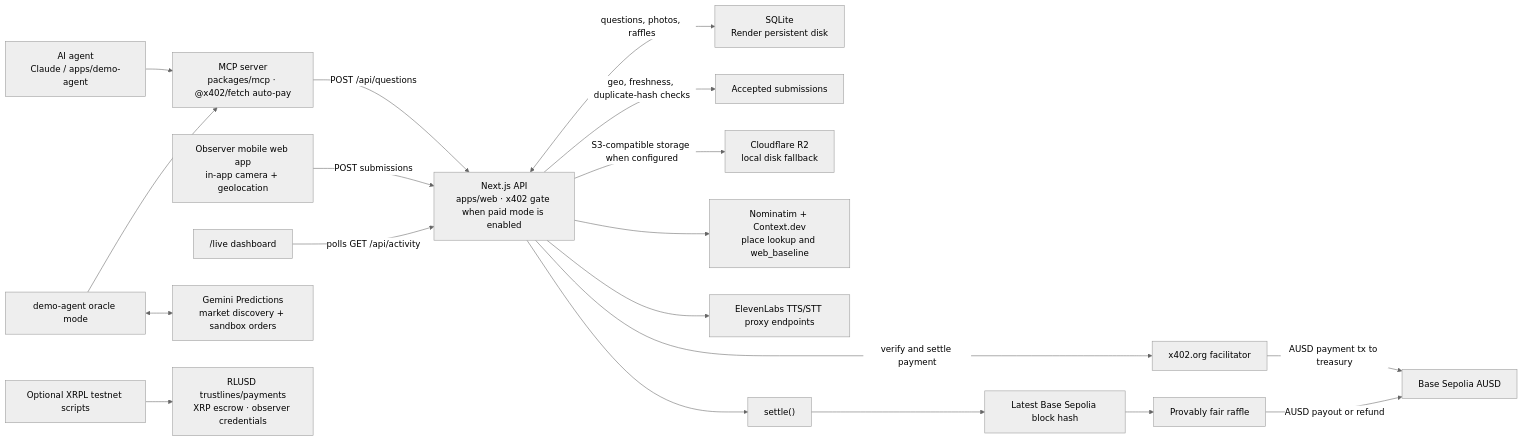
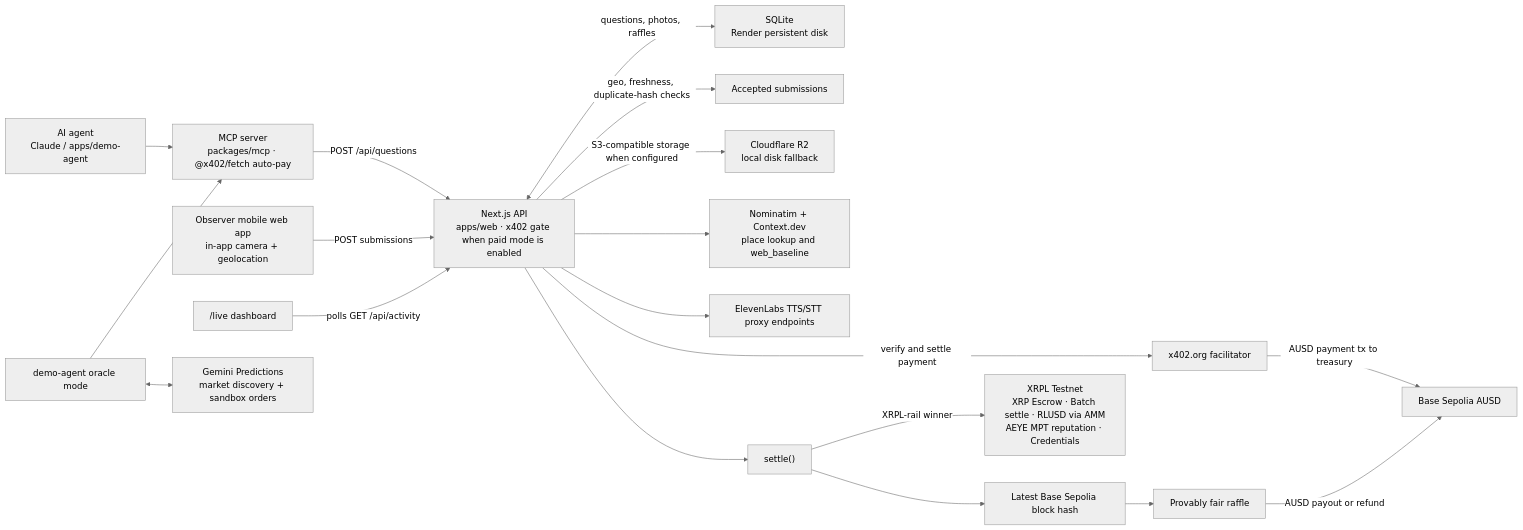
The diagram in README.md (MarkymarkLee/A-eye), drawn with Mermaid (neutral theme) before and after one commit. The commit also changed other lines of this file and 2 other files, not shown here.

Commit message:
docs: XRPL primitive map, Testnet demo, explorer proof, developer feedback; fix opt-in copy

````diff
--- a/README.md
+++ b/README.md
@@ -107,21 +167,21 @@
 ```mermaid
 flowchart LR
   AGENT["AI agent<br/>Claude / apps/demo-agent"] --> MCP["MCP server<br/>packages/mcp · @x402/fetch auto-pay"]
   MCP -->|"POST /api/questions"| API["Next.js API<br/>apps/web · x402 gate when paid mode is enabled"]
   API -->|"verify and settle payment"| FACILITATOR["x402.org facilitator"]
   FACILITATOR -->|"AUSD payment tx to treasury"| BASE["Base Sepolia AUSD"]
   API <-->|"questions, photos, raffles"| SQLITE["SQLite<br/>Render persistent disk"]
   OBSERVER["Observer mobile web app<br/>in-app camera + geolocation"] -->|"POST submissions"| API
   API -->|"geo, freshness, duplicate-hash checks"| CHECKS["Accepted submissions"]
   API -->|"S3-compatible storage when configured"| R2["Cloudflare R2<br/>local disk fallback"]
   API --> ENRICH["Nominatim + Context.dev<br/>place lookup and web_baseline"]
   API --> ELEVEN["ElevenLabs TTS/STT proxy endpoints"]
   LIVE["/live dashboard"] -->|"polls GET /api/activity"| API
   API --> SETTLE["settle()"]
   SETTLE --> ENTROPY["Latest Base Sepolia block hash"]
   ENTROPY --> RAFFLE["Provably fair raffle"]
   RAFFLE -->|"AUSD payout or refund"| BASE
   ORACLE["demo-agent oracle mode"] <--> GEMINI["Gemini Predictions<br/>market discovery + sandbox orders"]
   ORACLE --> MCP
-  XRPLS["Optional XRPL testnet scripts"] --> XRPL["RLUSD trustlines/payments<br/>XRP escrow · observer credentials"]
+  SETTLE -->|"XRPL-rail winner"| XRPL["XRPL Testnet<br/>XRP Escrow · Batch settle · RLUSD via AMM<br/>AEYE MPT reputation · Credentials"]
 ```
````
